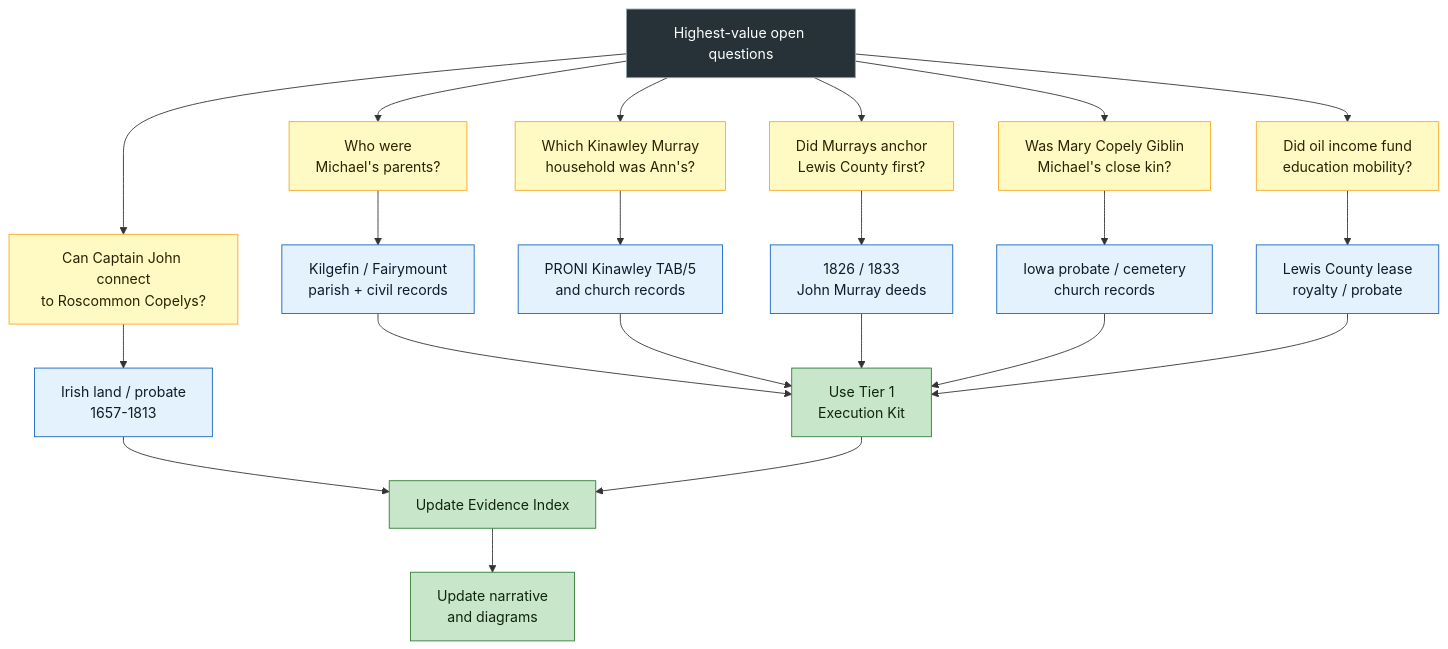
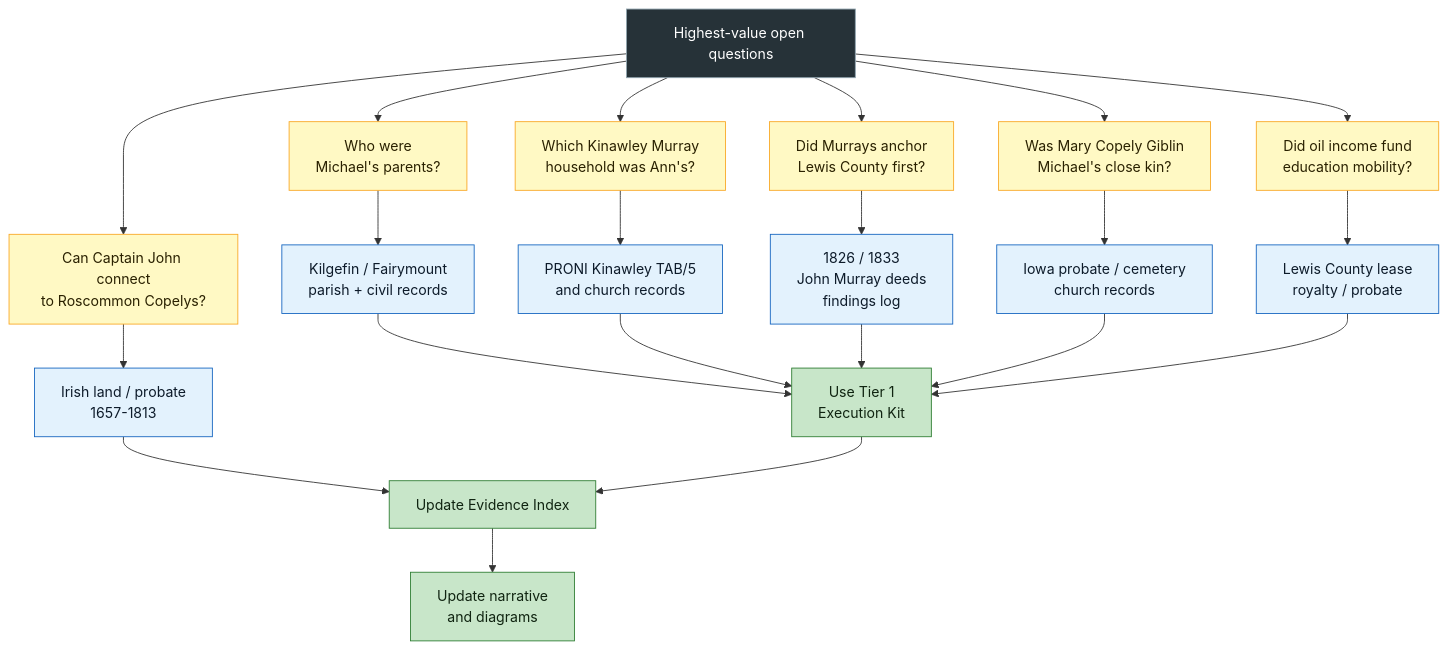
The fourth of 4 diagrams in Visual Story Atlas.md (zcopley/copley-family-research), drawn with Mermaid before and after one commit. The commit also changed 9 other files, not shown here.

Commit message:
Add John Murray deed findings log

````diff
--- a/Visual Story Atlas.md
+++ b/Visual Story Atlas.md
@@ -165,32 +165,32 @@
 ```mermaid
 flowchart TB
     START["Highest-value open questions"]:::root
     
     START --> Q1["Who were<br/>Michael's parents?"]:::quest
     START --> Q2["Which Kinawley Murray<br/>household was Ann's?"]:::quest
     START --> Q3["Did Murrays anchor<br/>Lewis County first?"]:::quest
     START --> Q4["Was Mary Copely Giblin<br/>Michael's close kin?"]:::quest
     START --> Q5["Did oil income fund<br/>education mobility?"]:::quest
     START --> Q6["Can Captain John connect<br/>to Roscommon Copelys?"]:::quest
     
     Q1 --> A1["Kilgefin / Fairymount<br/>parish + civil records"]:::source
     Q2 --> A2["PRONI Kinawley TAB/5<br/>and church records"]:::source
-    Q3 --> A3["1826 / 1833<br/>John Murray deeds"]:::source
+    Q3 --> A3["1826 / 1833<br/>John Murray deeds<br/>findings log"]:::source
     Q4 --> A4["Iowa probate / cemetery<br/>church records"]:::source
     Q5 --> A5["Lewis County lease<br/>royalty / probate"]:::source
     Q6 --> A6["Irish land / probate<br/>1657-1813"]:::source
     
     A1 --> KIT["Use Tier 1<br/>Execution Kit"]:::action
     A2 --> KIT
     A3 --> KIT
     A4 --> KIT
     A5 --> KIT
     A6 --> EVID["Update Evidence Index"]:::action
     KIT --> EVID
     EVID --> NARR["Update narrative<br/>and diagrams"]:::action
     
     classDef root fill:#263238,stroke:#90a4ae,color:#ffffff
     classDef quest fill:#fff9c4,stroke:#f9a825,color:#2a2100
     classDef source fill:#e3f2fd,stroke:#1565c0,color:#0d1b2a
     classDef action fill:#c8e6c9,stroke:#2e7d32,color:#102411
 ```
````
